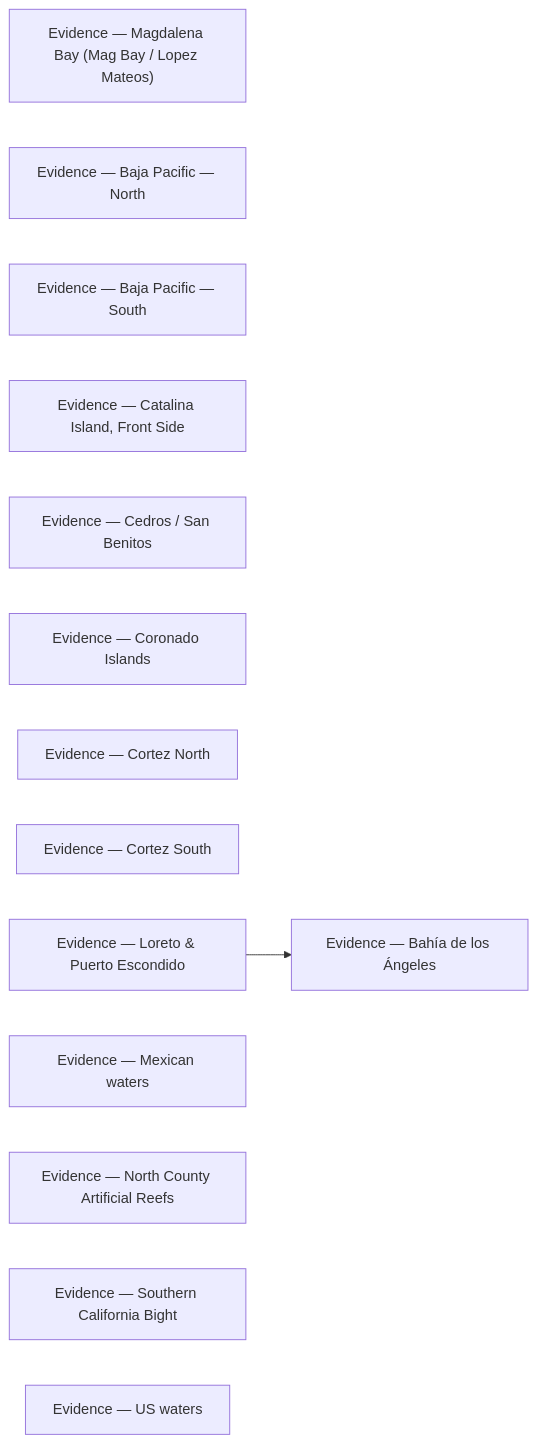
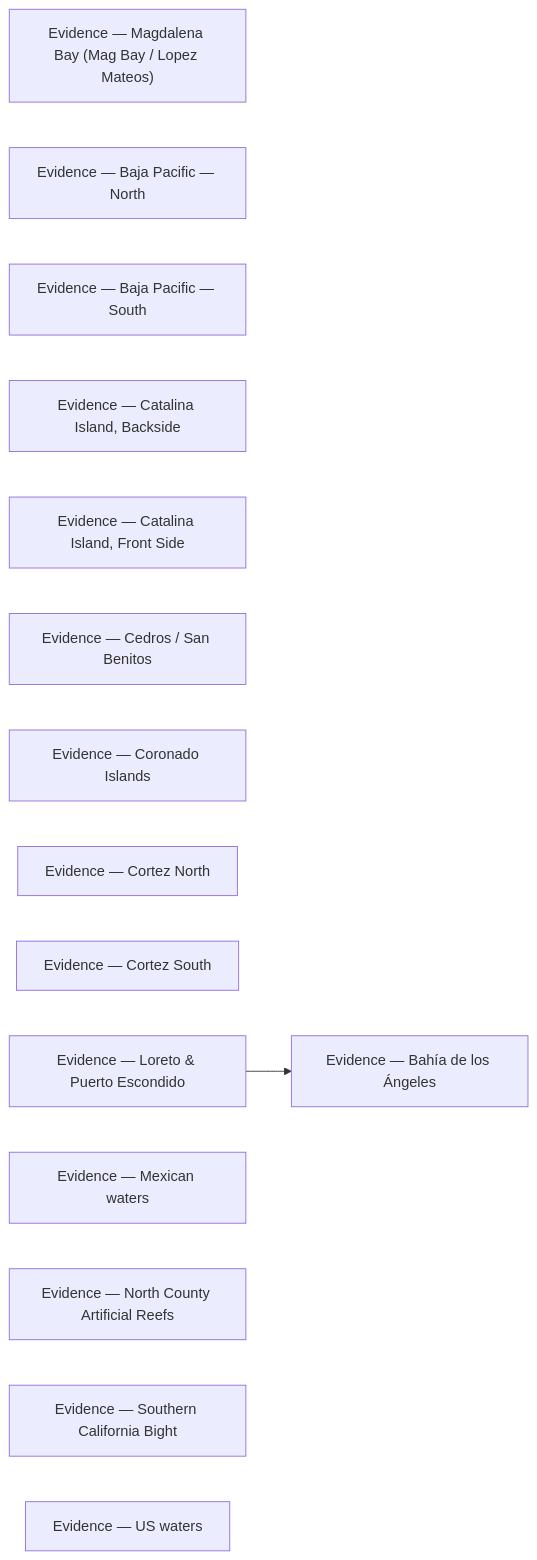
Before and after one commit to camchuckpete-max/Socal-Fishing-Knowledge: the diagram in locations/evidence/README.md, drawn with Mermaid. The commit also changed other lines of this file and 26 other files, not shown here.

Commit message:
review: locations/catalina-island-backside.md — review: locations/catalina-island-backside.md — geo

````diff
--- a/locations/evidence/README.md
+++ b/locations/evidence/README.md
@@ -27,18 +28,19 @@
 ```mermaid
 graph LR
   n0["Evidence — Bahía de los Ángeles"]
   n1["Evidence — Magdalena Bay (Mag Bay / Lopez Mateos)"]
   n2["Evidence — Baja Pacific — North"]
   n3["Evidence — Baja Pacific — South"]
-  n4["Evidence — Catalina Island, Front Side"]
-  n5["Evidence — Cedros / San Benitos"]
-  n6["Evidence — Coronado Islands"]
-  n7["Evidence — Cortez North"]
-  n8["Evidence — Cortez South"]
-  n9["Evidence — Loreto & Puerto Escondido"]
-  n10["Evidence — Mexican waters"]
-  n11["Evidence — North County Artificial Reefs"]
-  n12["Evidence — Southern California Bight"]
-  n13["Evidence — US waters"]
-  n9 --> n0
+  n4["Evidence — Catalina Island, Backside"]
+  n5["Evidence — Catalina Island, Front Side"]
+  n6["Evidence — Cedros / San Benitos"]
+  n7["Evidence — Coronado Islands"]
+  n8["Evidence — Cortez North"]
+  n9["Evidence — Cortez South"]
+  n10["Evidence — Loreto & Puerto Escondido"]
+  n11["Evidence — Mexican waters"]
+  n12["Evidence — North County Artificial Reefs"]
+  n13["Evidence — Southern California Bight"]
+  n14["Evidence — US waters"]
+  n10 --> n0
 ```
````
